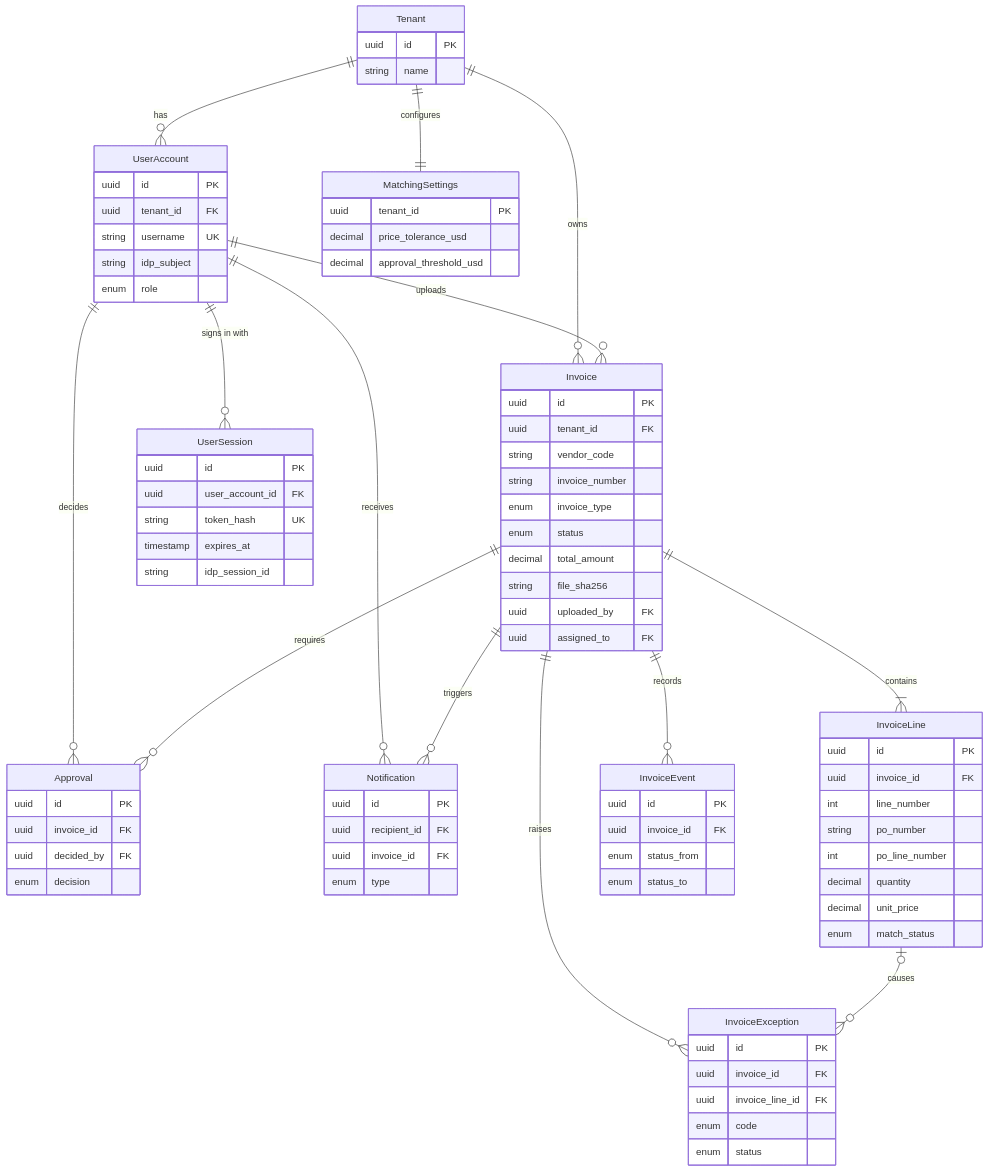
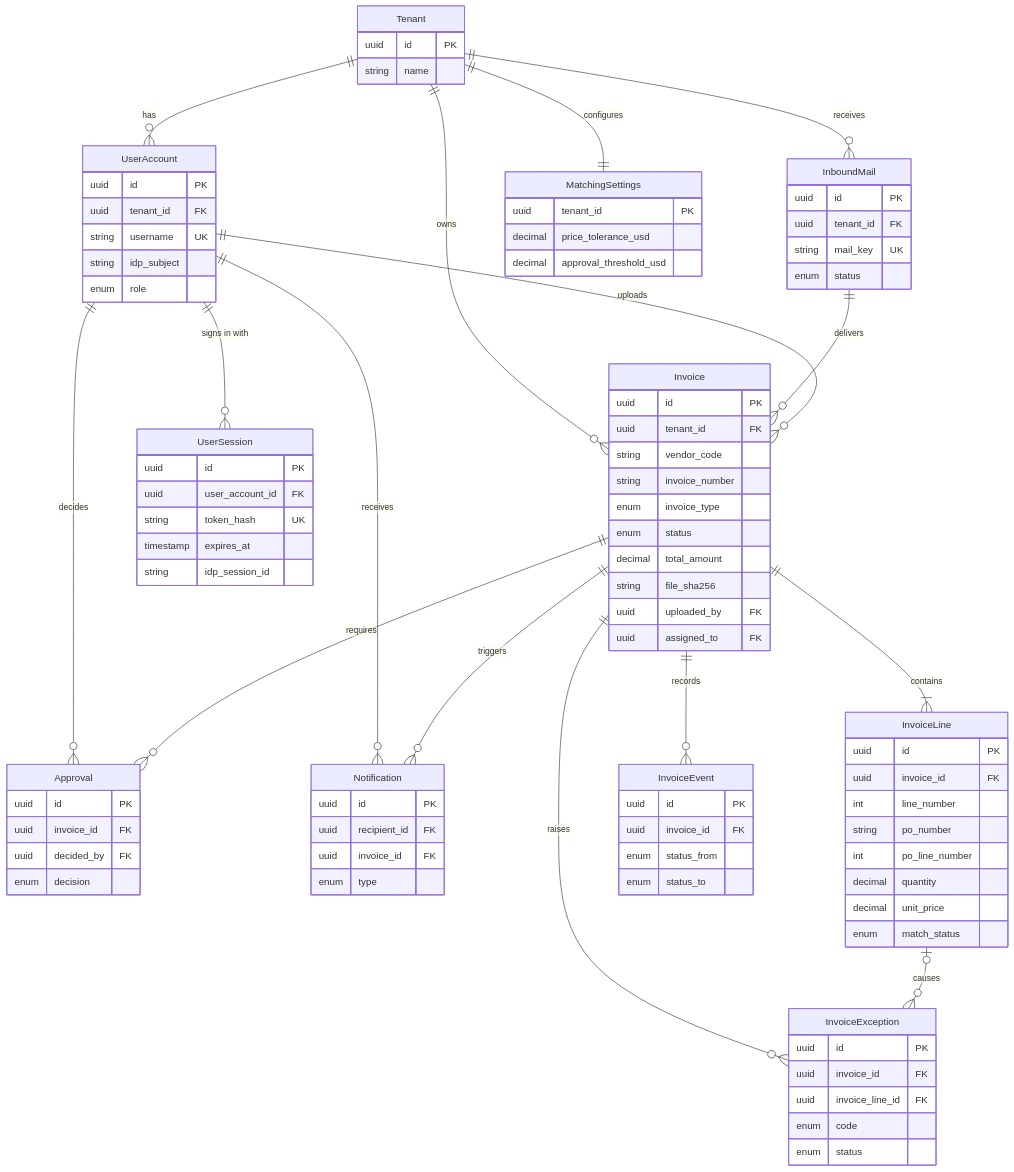
The first of 2 diagrams in docs/02-architecture/data-model.md (jiri-nguyen/SAPS), drawn with Mermaid before and after one commit. The commit also changed other lines of this file and 7 other files, not shown here.

```diff
--- a/docs/02-architecture/data-model.md
+++ b/docs/02-architecture/data-model.md
@@ -32,6 +32,8 @@
 erDiagram
     Tenant ||--o{ UserAccount : "has"
     Tenant ||--o{ Invoice : "owns"
+    Tenant ||--o{ InboundMail : "receives"
+    InboundMail ||--o{ Invoice : "delivers"
     Tenant ||--|| MatchingSettings : "configures"
     UserAccount ||--o{ UserSession : "signs in with"
     UserAccount ||--o{ Invoice : "uploads"
@@ -54,6 +56,12 @@
         string username UK
         string idp_subject
         enum role
+    }
+    InboundMail {
+        uuid id PK
+        uuid tenant_id FK
+        string mail_key UK
+        enum status
     }
     UserSession {
         uuid id PK
```
